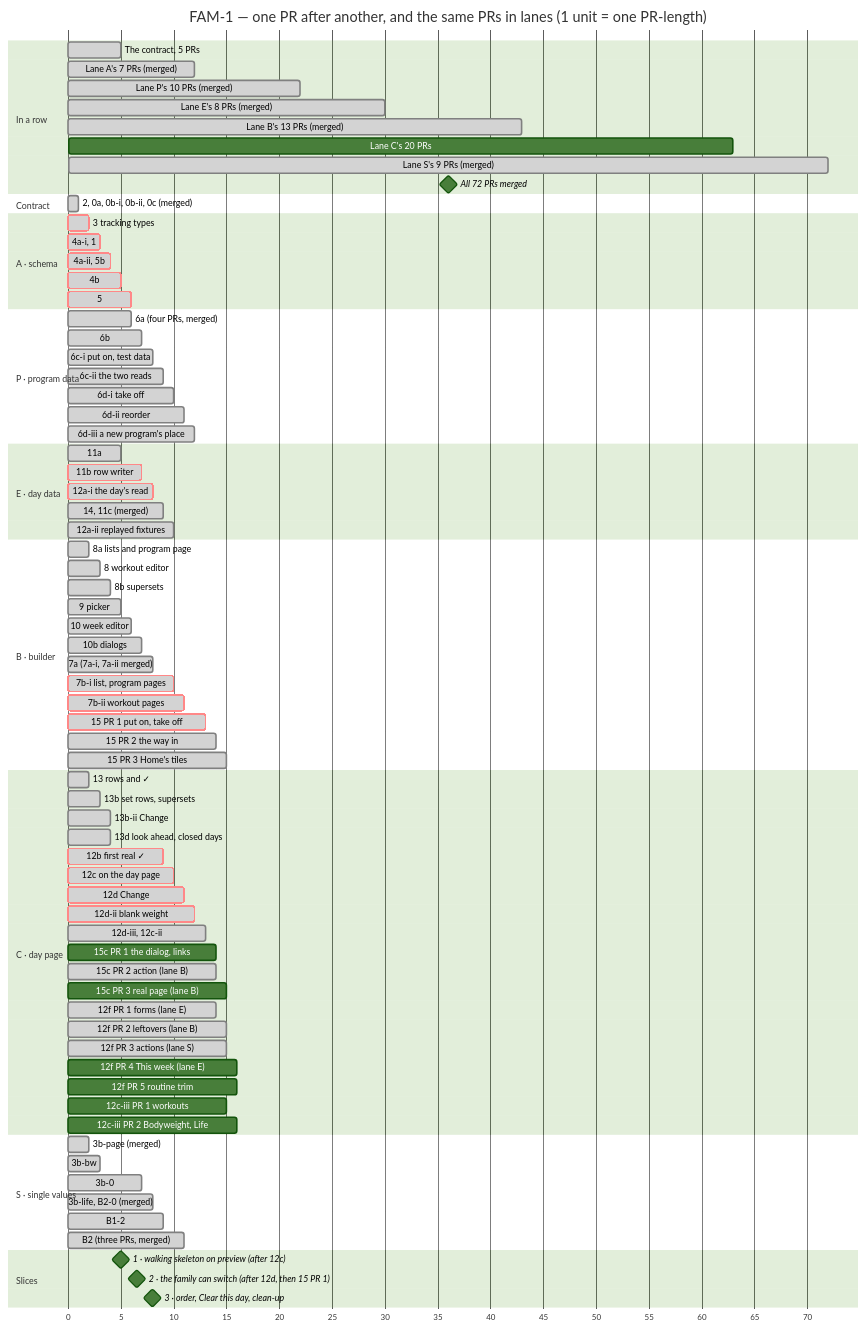
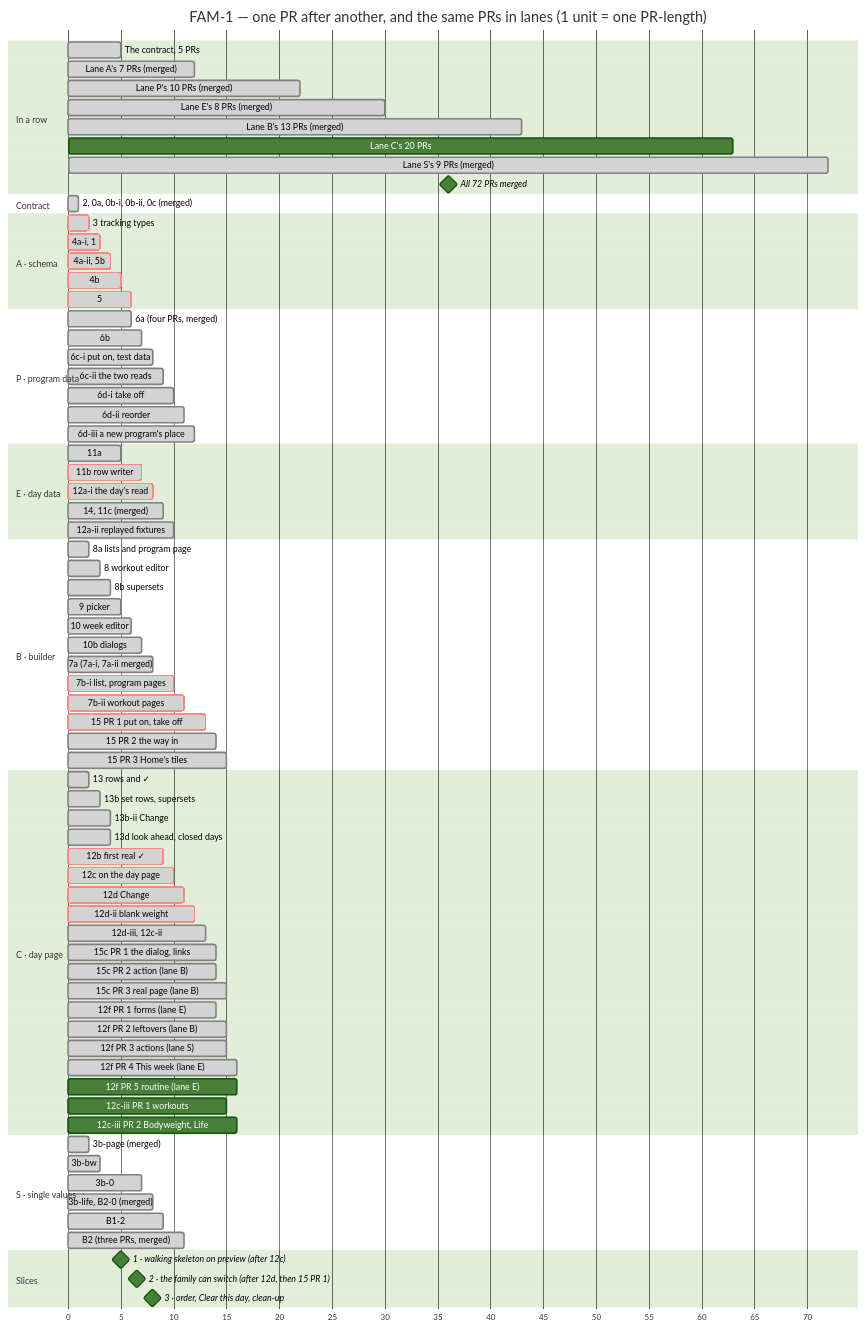
The second of 2 diagrams in docs/milestones/fam-1-family-program.md (ralamode/mat-plan), drawn with Mermaid (forest theme) before and after one commit. The commit also changed other lines of this file and 3 other files, not shown here.

```diff
--- a/docs/milestones/fam-1-family-program.md
+++ b/docs/milestones/fam-1-family-program.md
@@ -324,14 +324,14 @@
   12d Change                   :crit, done, c6, 10, 11
   12d-ii blank weight          :crit, done, c6b, 11, 12
   12d-iii, 12c-ii              :done, c6c, 12, 13
-  15c PR 1 the dialog, links   :c7a, 13, 14
+  15c PR 1 the dialog, links   :done, c7a, 13, 14
   15c PR 2 action (lane B)     :done, c7b, 13, 14
-  15c PR 3 real page (lane B)  :c7c, 14, 15
+  15c PR 3 real page (lane B)  :done, c7c, 14, 15
   12f PR 1 forms (lane E)      :done, c9a, 13, 14
   12f PR 2 leftovers (lane B)  :done, c9b, 14, 15
   12f PR 3 actions (lane S)    :done, c9c, 14, 15
-  12f PR 4 This week (lane E)  :c9d, 15, 16
-  12f PR 5 routine trim        :c9e, 15, 16
+  12f PR 4 This week (lane E)  :done, c9d, 15, 16
+  12f PR 5 routine (lane E)    :c9e, 15, 16
   12c-iii PR 1 workouts        :c8a, 14, 15
   12c-iii PR 2 Bodyweight, Life :c8b, 15, 16
 
```
